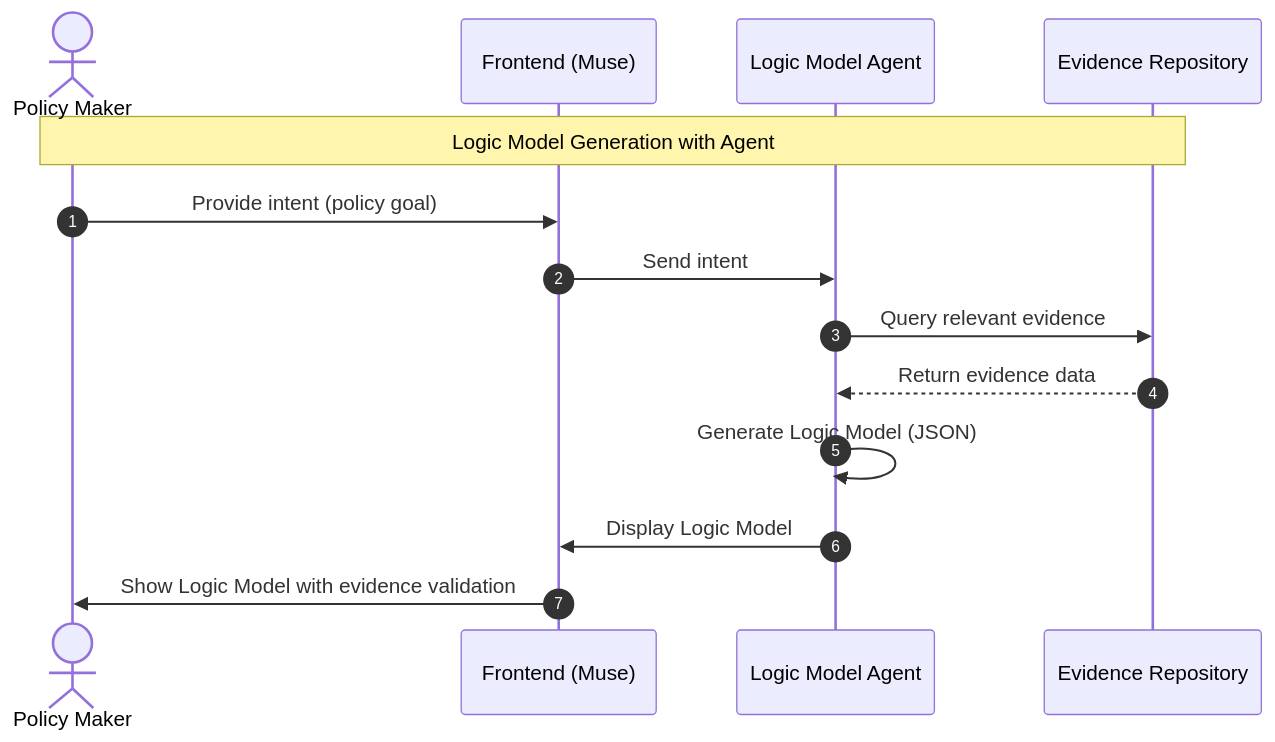
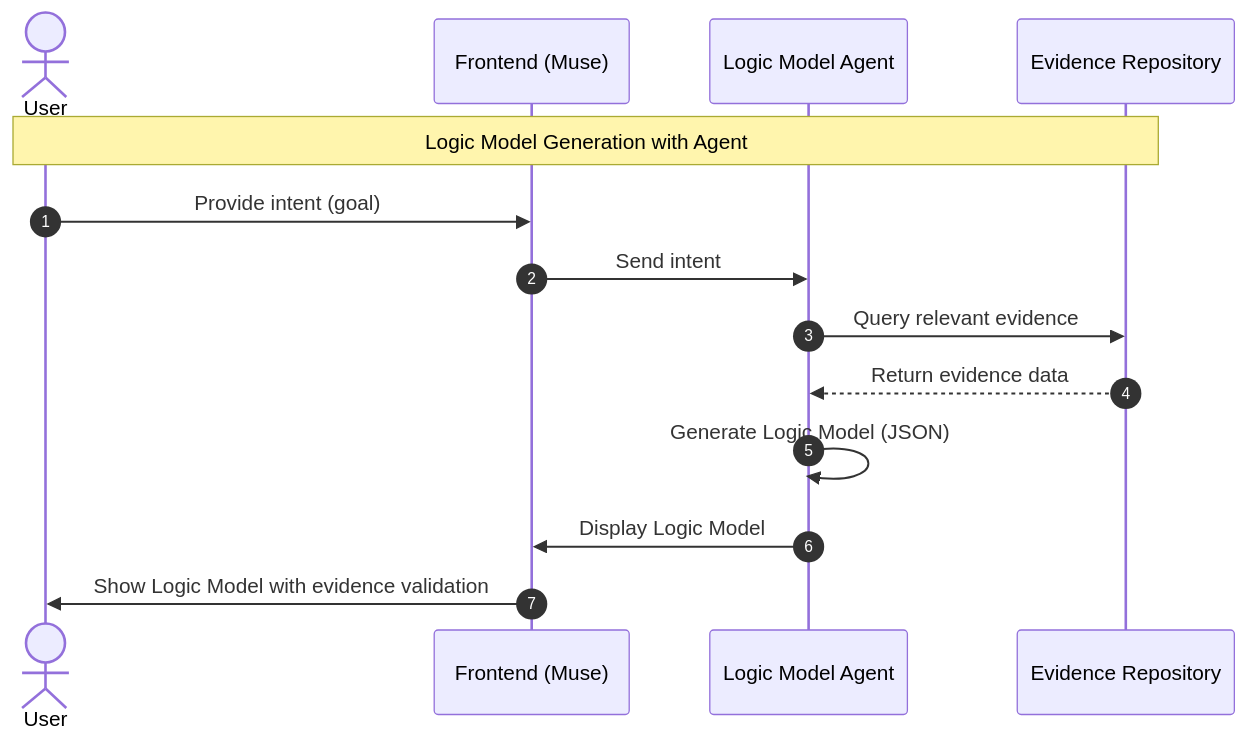
The first of 2 diagrams in DEV.md (beaconlabs-io/muse), drawn with Mermaid before and after one commit. The commit also changed other lines of this file, not shown here.

````diff
--- a/DEV.md
+++ b/DEV.md
@@ -5,18 +5,18 @@
 ```mermaid
 sequenceDiagram
     autonumber
-    actor User as Policy Maker
+    actor User as User
     participant FE as Frontend (Muse)
     participant Agent as Logic Model Agent
     participant Evidence as Evidence Repository
 
     Note over User, Evidence: Logic Model Generation with Agent
 
-    User->>FE: Provide intent (policy goal)
+    User->>FE: Provide intent (goal)
     FE->>Agent: Send intent
     Agent->>Evidence: Query relevant evidence
     Evidence-->>Agent: Return evidence data
     Agent->>Agent: Generate Logic Model (JSON)
     Agent->>FE: Display Logic Model
     FE->>User: Show Logic Model with evidence validation
 ```
````
